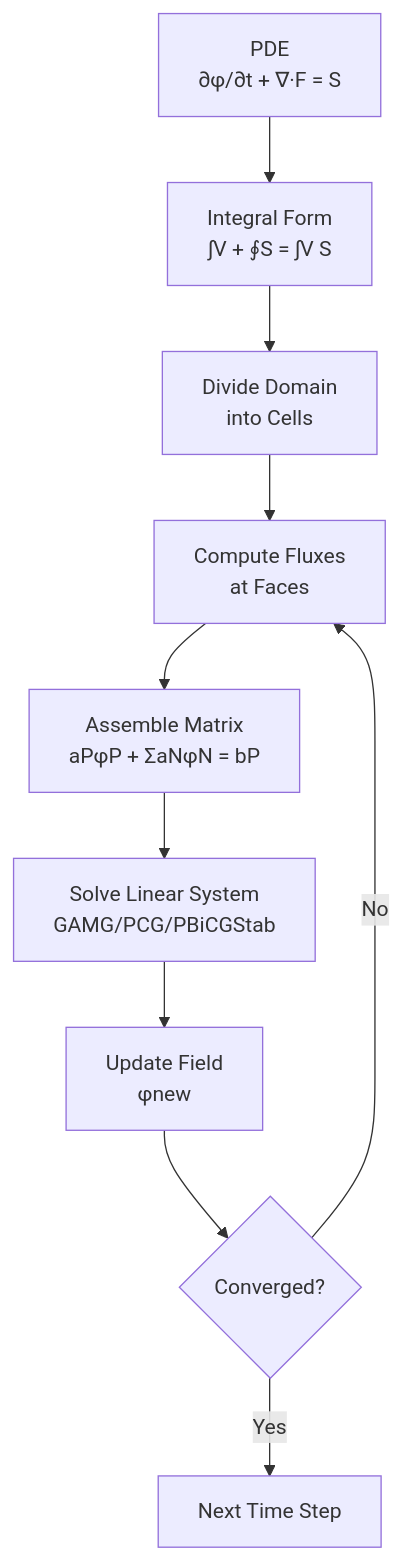
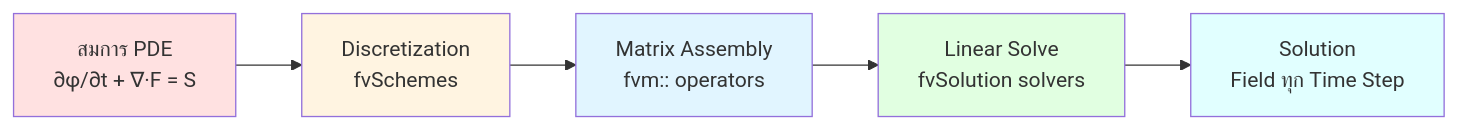
The second of 2 diagrams in MODULE_01_CFD_FUNDAMENTALS/CONTENT/02_FINITE_VOLUME_METHOD/00_Overview.md (wramet/build-my-cfd), drawn with Mermaid before and after one commit. The commit also changed other lines of this file and 21 other files, not shown here.

````diff
--- a/MODULE_01_CFD_FUNDAMENTALS/CONTENT/02_FINITE_VOLUME_METHOD/00_Overview.md
+++ b/MODULE_01_CFD_FUNDAMENTALS/CONTENT/02_FINITE_VOLUME_METHOD/00_Overview.md
@@ -23,12 +39,13 @@
 ```mermaid
-graph TD
-    A[PDE<br/>∂φ/∂t + ∇·F = S] --> B[Integral Form<br/>∫V + ∮S = ∫V S]
-    B --> C[Divide Domain<br/>into Cells]
-    C --> D[Compute Fluxes<br/>at Faces]
-    D --> E[Assemble Matrix<br/>aPφP + ΣaNφN = bP]
-    E --> F[Solve Linear System<br/>GAMG/PCG/PBiCGStab]
-    F --> G[Update Field<br/>φnew]
-    G --> H{Converged?}
-    H -->|No| D
-    H -->|Yes| I[Next Time Step]
+graph LR
+    A[สมการ PDE<br/>∂φ/∂t + ∇·F = S] --> B[Discretization<br/>fvSchemes]
+    B --> C[Matrix Assembly<br/>fvm:: operators]
+    C --> D[Linear Solve<br/>fvSolution solvers]
+    D --> E[Solution<br/>Field ทุก Time Step]
+    
+    style A fill:#ffe1e1
+    style B fill:#fff4e1
+    style C fill:#e1f5ff
+    style D fill:#e1ffe1
+    style E fill:#e1ffff
 ```
````
